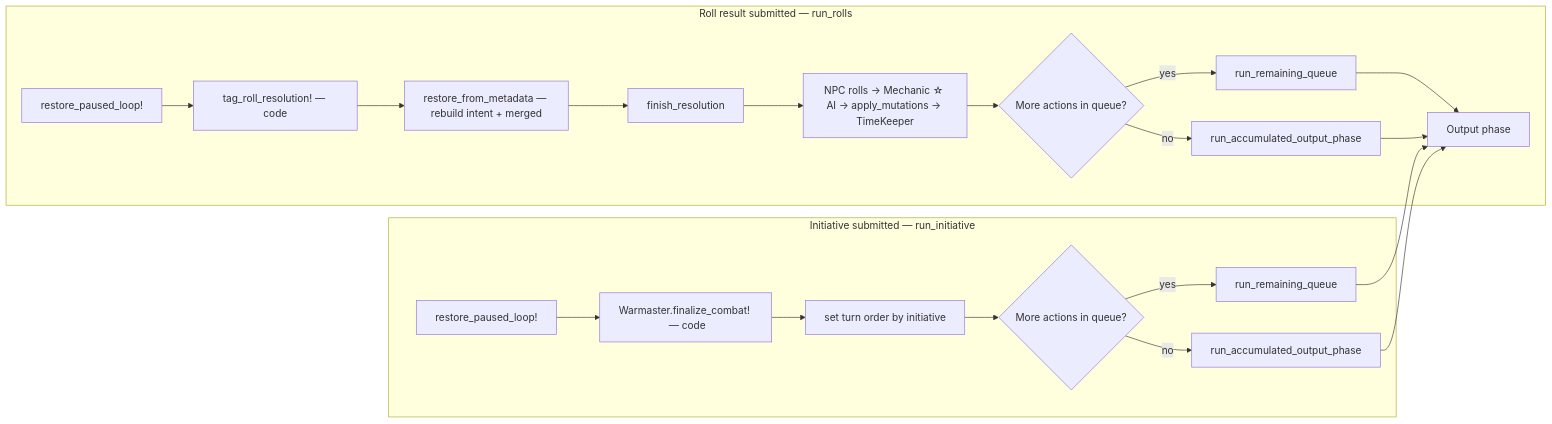
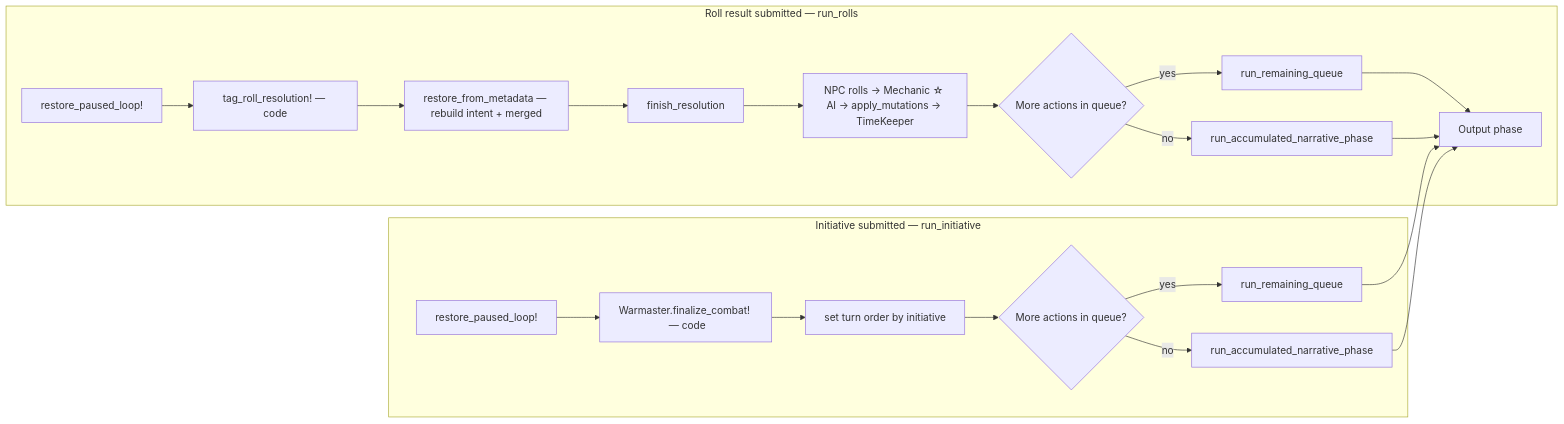
Before and after one commit to Low-Light-Games/ruby-leather-armor: the second of 2 diagrams in docs/pipeline_diagram.md, drawn with Mermaid. The commit also changed other lines of this file and 1 other file, not shown here.

First line of the commit message:
docs(pipeline): outer orchestration, ActionQueueRunner, narrative phase naming

````diff
--- a/docs/pipeline_diagram.md
+++ b/docs/pipeline_diagram.md
@@ -183,24 +185,24 @@
 ```mermaid
 flowchart LR
     subgraph roll_resume["Roll result submitted — run_rolls"]
         RR[restore_paused_loop!] --> RR1[tag_roll_resolution! — code]
         RR1 --> RR2[restore_from_metadata — rebuild intent + merged]
         RR2 --> RR3[finish_resolution]
         RR3 --> RR4["NPC rolls → Mechanic ☆ AI → apply_mutations → TimeKeeper"]
         RR4 --> RR5{More actions in queue?}
         RR5 -->|yes| RR6[run_remaining_queue]
-        RR5 -->|no| RR7[run_accumulated_output_phase]
+        RR5 -->|no| RR7[run_accumulated_narrative_phase]
         RR6 --> PHASE[Output phase]
         RR7 --> PHASE
     end
 
     subgraph init_resume["Initiative submitted — run_initiative"]
         II[restore_paused_loop!] --> II1[Warmaster.finalize_combat!  — code]
         II1 --> II2[set turn order by initiative]
         II2 --> II3{More actions in queue?}
         II3 -->|yes| II4[run_remaining_queue]
-        II3 -->|no| II5[run_accumulated_output_phase]
+        II3 -->|no| II5[run_accumulated_narrative_phase]
         II4 --> PHASE
         II5 --> PHASE
     end
 ```
````
